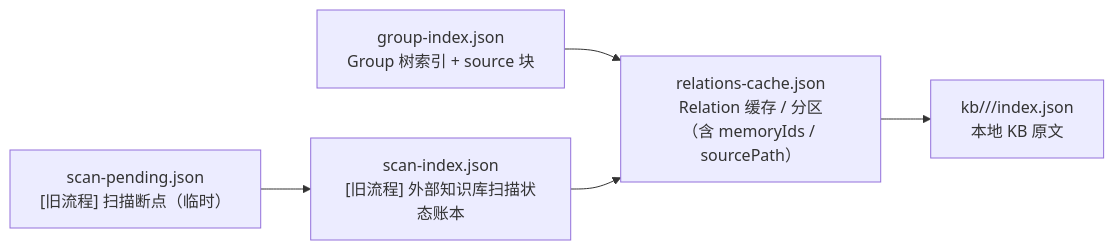
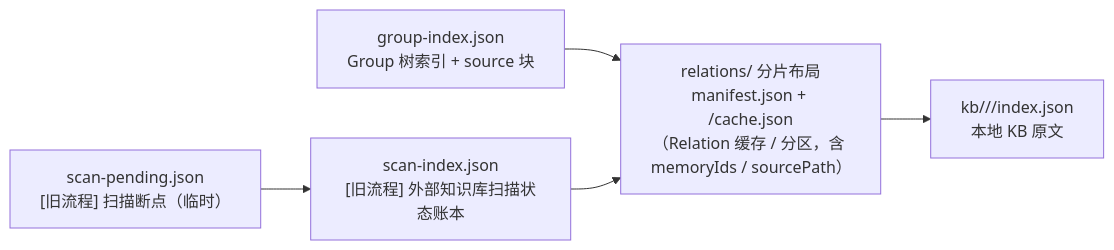
Before and after one commit to HACK-WU/kisearch: the second of 5 diagrams in docs/architecture.md, drawn with Mermaid. The commit also changed other lines of this file and 59 other files, not shown here.

````diff
--- a/docs/architecture.md
+++ b/docs/architecture.md
@@ -38,13 +38,13 @@
 ```mermaid
 flowchart LR
     GI["group-index.json<br/>Group 树索引 + source 块"]
-    RC["relations-cache.json<br/>Relation 缓存 / 分区<br/>（含 memoryIds / sourcePath）"]
+    RC["relations/ 分片布局<br/>manifest.json + <groupPath>/cache.json<br/>（Relation 缓存 / 分区，含 memoryIds / sourcePath）"]
     KB["kb/<scope>/<group>/index.json<br/>本地 KB 原文"]
     SI["scan-index.json<br/>[旧流程] 外部知识库扫描状态账本"]
     SP["scan-pending.json<br/>[旧流程] 扫描断点（临时）"]
 
     GI --> RC
     RC --> KB
     SI --> RC
     SP --> SI
 ```
````
